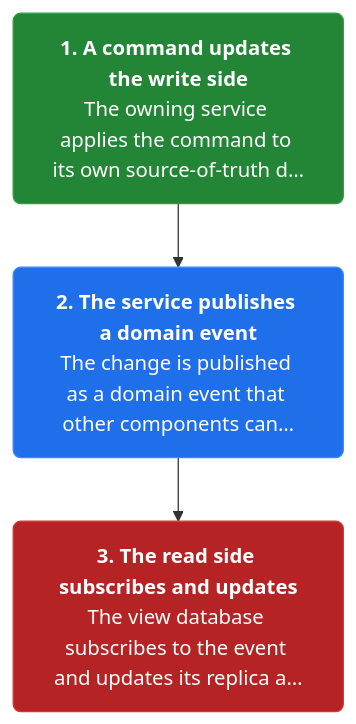
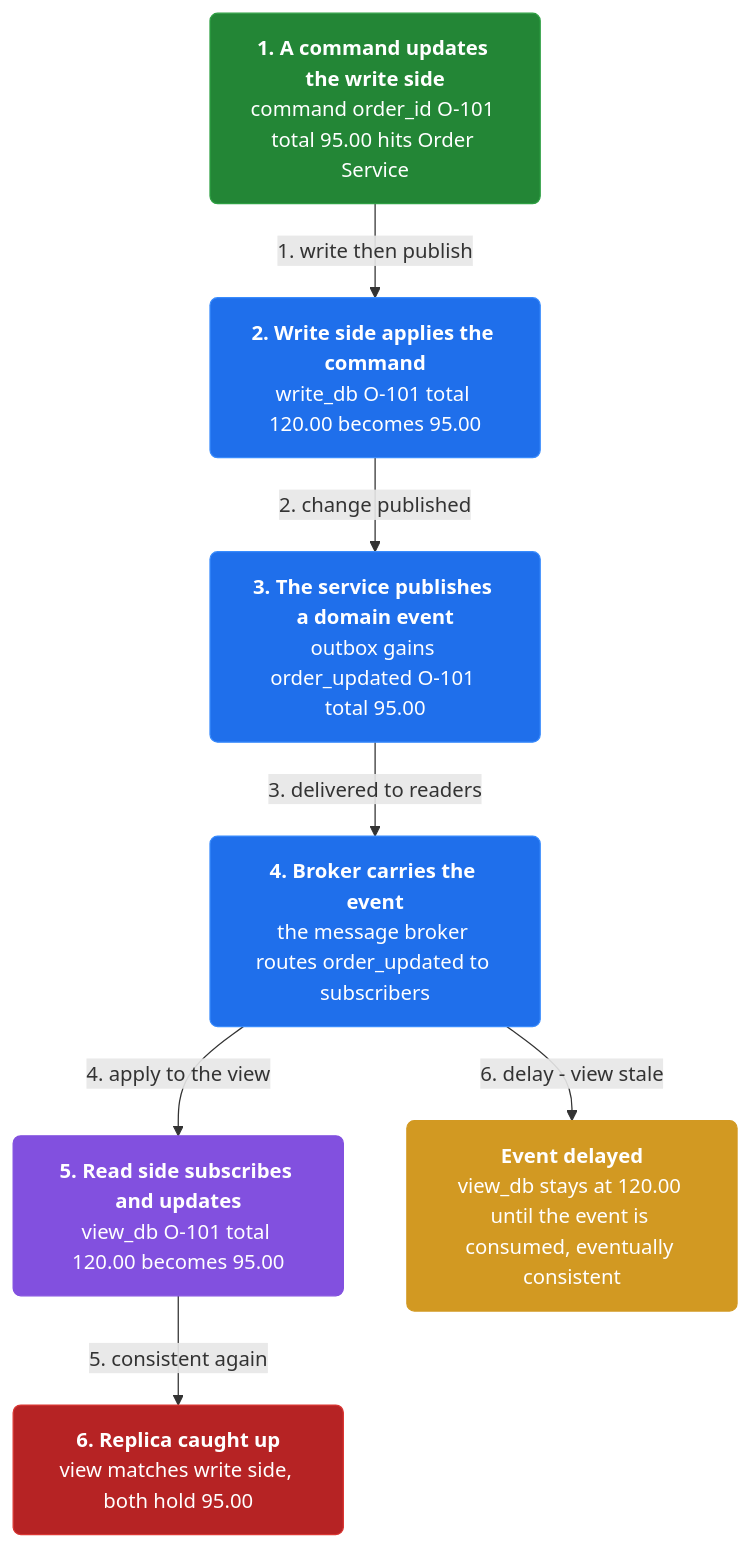
One commit to vinayakuber/microservices-io-study-guide changed the third of 4 diagrams in docs/ch22-cqrs.md. Above: the diagram before and after it, drawn with Mermaid. The commit also changed other lines of this file and 46 other files, not shown here.

First line of the commit message:
Author rich branching flow diagrams for all 44 chapters

````diff
--- a/docs/ch22-cqrs.md
+++ b/docs/ch22-cqrs.md
@@ -90,11 +108,21 @@
 ```mermaid
 flowchart TD
-  classDef step fill:#1f6feb,color:#ffffff,stroke:#388bfd,stroke-width:1px,rx:6
+  classDef step fill:#1f6feb,color:#ffffff,stroke:#388bfd,rx:6
+  classDef core fill:#8250df,color:#ffffff,stroke:#8250df,rx:6
+  classDef warn fill:#d29922,color:#ffffff,stroke:#d29922,rx:6
   classDef start fill:#238636,color:#ffffff,stroke:#2ea043,rx:6
   classDef stop fill:#b62324,color:#ffffff,stroke:#da3633,rx:6
-  s2n0["<b>1. A command updates the write side</b><br/>The owning service applies the command to its own source-of-truth d…"]:::start
-  s2n1["<b>2. The service publishes a domain event</b><br/>The change is published as a domain event that other components can…"]:::step
-  s2n2["<b>3. The read side subscribes and updates</b><br/>The view database subscribes to the event and updates its replica a…"]:::stop
-  s2n0 --> s2n1
-  s2n1 --> s2n2
+  n0["<b>1. A command updates the write side</b><br/>command order_id O-101 total 95.00 hits Order Service"]:::start
+  n1["<b>2. Write side applies the command</b><br/>write_db O-101 total 120.00 becomes 95.00"]:::step
+  n2["<b>3. The service publishes a domain event</b><br/>outbox gains order_updated O-101 total 95.00"]:::step
+  n3["<b>4. Broker carries the event</b><br/>the message broker routes order_updated to subscribers"]:::step
+  n4["<b>5. Read side subscribes and updates</b><br/>view_db O-101 total 120.00 becomes 95.00"]:::core
+  n5["<b>6. Replica caught up</b><br/>view matches write side, both hold 95.00"]:::stop
+  n6["<b>Event delayed</b><br/>view_db stays at 120.00 until the event is consumed, eventually consistent"]:::warn
+  n0 -->|"1. write then publish"| n1
+  n1 -->|"2. change published"| n2
+  n2 -->|"3. delivered to readers"| n3
+  n3 -->|"4. apply to the view"| n4
+  n4 -->|"5. consistent again"| n5
+  n3 -->|"6. delay - view stale"| n6
 ```
````
